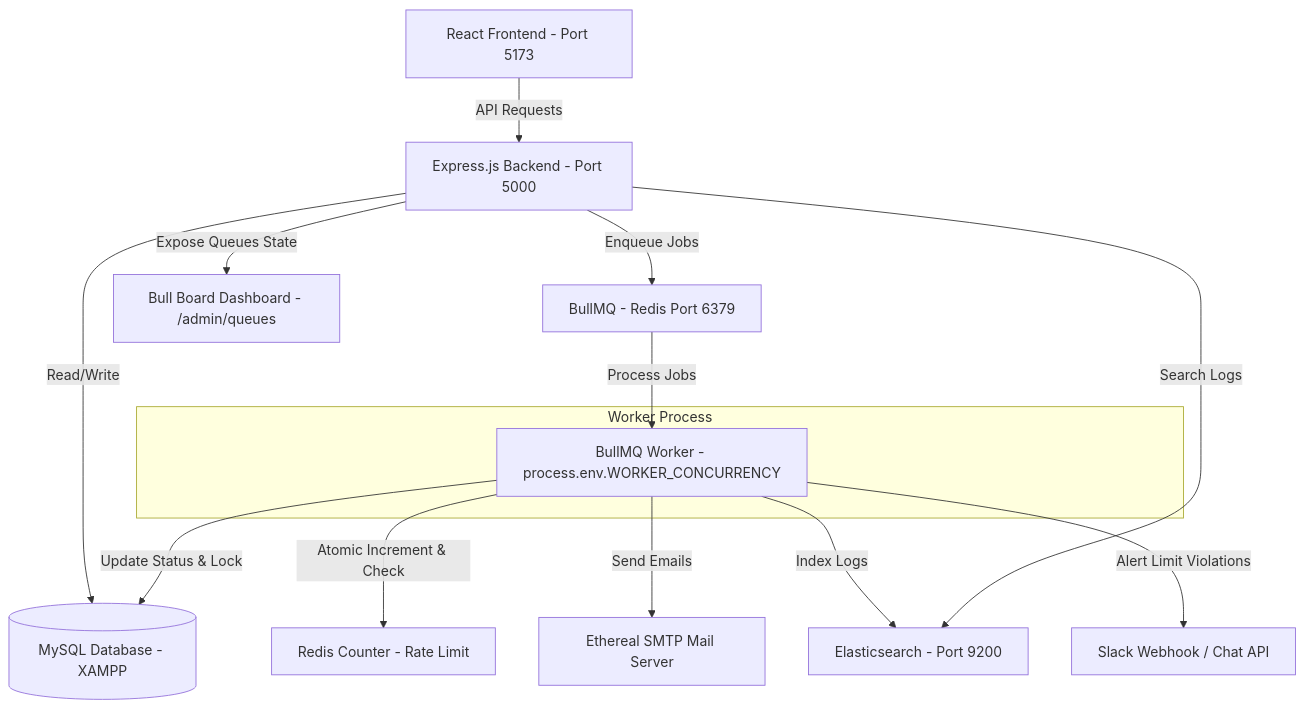
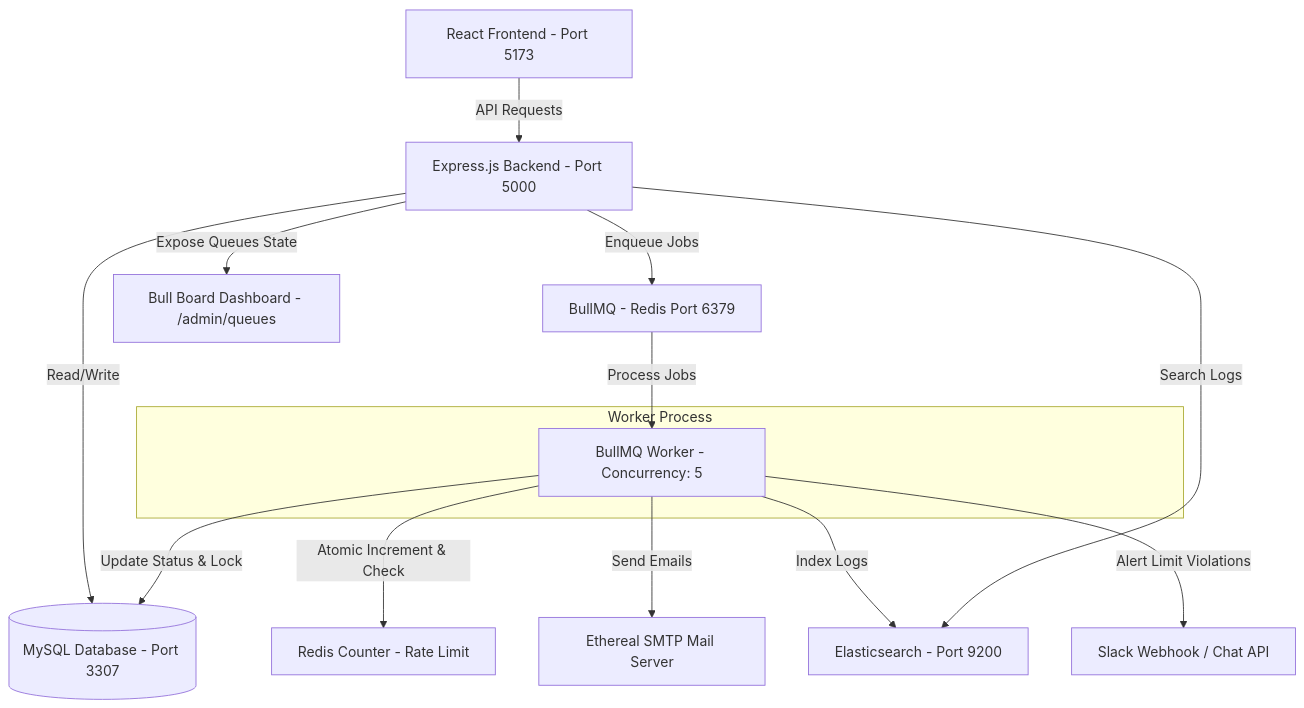
One commit to Vidharshana06-web/ReachInbox changed the diagram in README.md. Above: the diagram before and after it, drawn with Mermaid. The commit also changed other lines of this file, not shown here.

````diff
--- a/README.md
+++ b/README.md
@@ -11,20 +11,20 @@
 ```mermaid
 graph TD
     ReactApp[React Frontend - Port 5173] -->|API Requests| ExpressServer[Express.js Backend - Port 5000]
-    ExpressServer -->|Read/Write| MySQL[(MySQL Database - XAMPP)]
+    ExpressServer -->|Read/Write| MySQL[(MySQL Database - Port 3307)]
     ExpressServer -->|Enqueue Jobs| BullQueue[BullMQ - Redis Port 6379]
     
     subgraph Workers [Worker Process]
-        EmailWorker[BullMQ Worker - process.env.WORKER_CONCURRENCY]
+        EmailWorker[BullMQ Worker - Concurrency: 5]
     end
     
     BullQueue -->|Process Jobs| EmailWorker
     EmailWorker -->|Atomic Increment & Check| RedisRate[Redis Counter - Rate Limit]
     EmailWorker -->|Update Status & Lock| MySQL
     EmailWorker -->|Send Emails| Ethereal[Ethereal SMTP Mail Server]
     EmailWorker -->|Index Logs| Elasticsearch[Elasticsearch - Port 9200]
     EmailWorker -->|Alert Limit Violations| SlackAPI[Slack Webhook / Chat API]
     
     ExpressServer -->|Search Logs| Elasticsearch
     ExpressServer -->|Expose Queues State| BullBoard[Bull Board Dashboard - /admin/queues]
 ```
````
